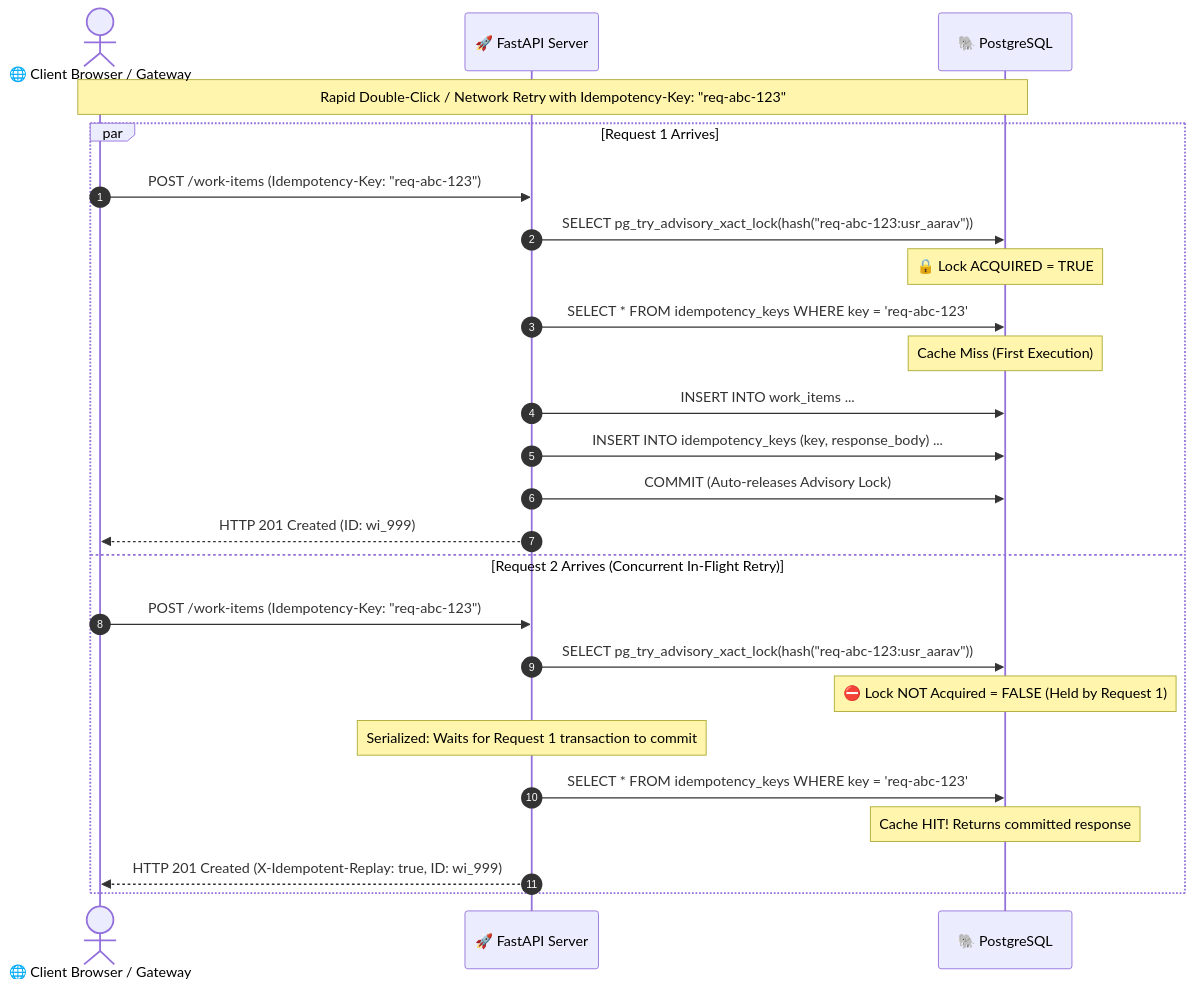
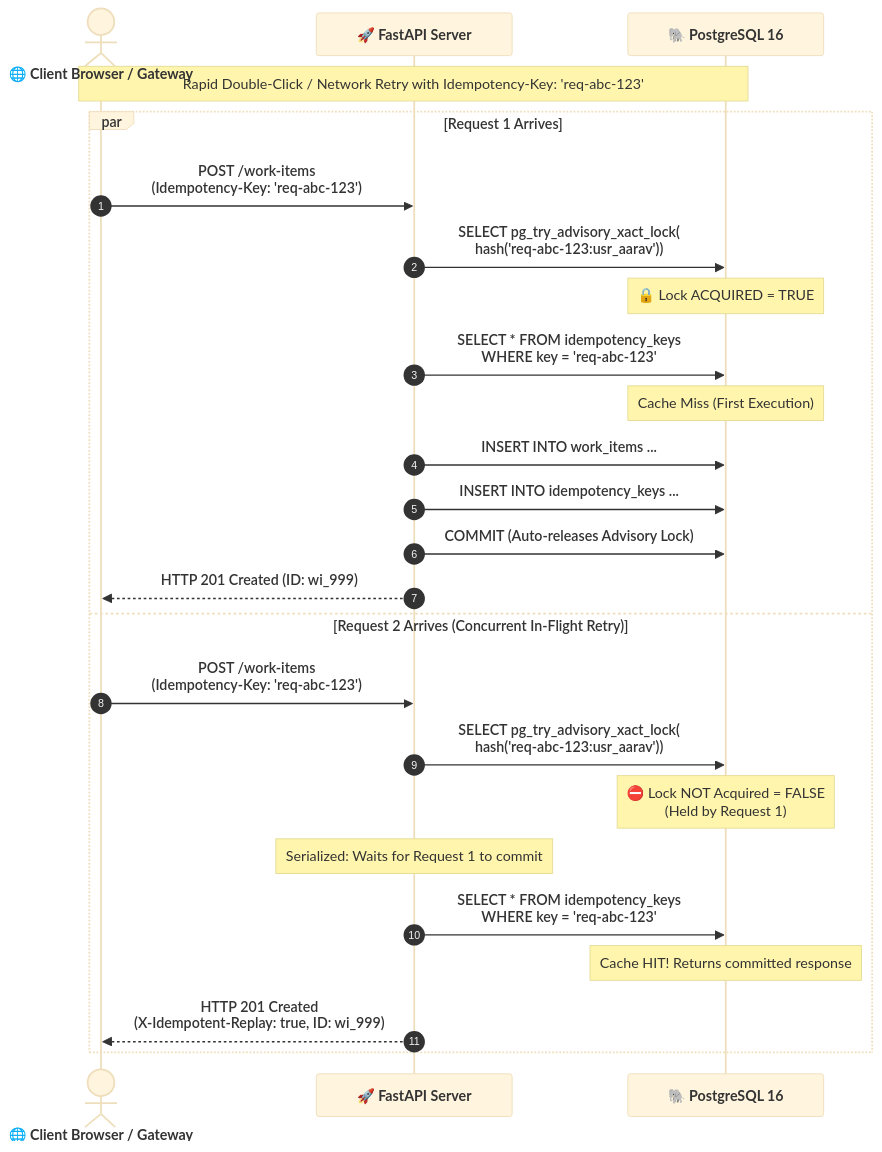
The fifth of 6 diagrams in README.md (matrix-1407/OpsPulse-Newtonite), drawn with Mermaid before and after one commit. The commit also changed other lines of this file and 1 other file, not shown here.

Commit message:
docs: enlarge and optimize all Mermaid diagrams for high readability and visibility

````diff
--- a/README.md
+++ b/README.md
@@ -237,28 +273,46 @@
 ```mermaid
+%%{init: {
+  'theme': 'base',
+  'themeVariables': {
+    'fontFamily': 'Inter, -apple-system, BlinkMacSystemFont, Segoe UI, Roboto, sans-serif'
+  },
+  'sequence': {
+    'actorFontSize': 17,
+    'actorFontWeight': 700,
+    'noteFontSize': 15,
+    'noteFontWeight': 600,
+    'messageFontSize': 15,
+    'messageFontWeight': 600,
+    'width': 220,
+    'height': 48,
+    'boxMargin': 12,
+    'messageMargin': 35
+  }
+}}%%
 sequenceDiagram
     autonumber
     actor Client as 🌐 Client Browser / Gateway
     participant API as 🚀 FastAPI Server
-    participant DB as 🐘 PostgreSQL
+    participant DB as 🐘 PostgreSQL 16
 
-    Note over Client, DB: Rapid Double-Click / Network Retry with Idempotency-Key: "req-abc-123"
+    Note over Client, DB: Rapid Double-Click / Network Retry with Idempotency-Key: 'req-abc-123'
     par Request 1 Arrives
-        Client->>API: POST /work-items (Idempotency-Key: "req-abc-123")
-        API->>DB: SELECT pg_try_advisory_xact_lock(hash("req-abc-123:usr_aarav"));
+        Client->>API: POST /work-items<br/>(Idempotency-Key: 'req-abc-123')
+        API->>DB: SELECT pg_try_advisory_xact_lock(<br/>hash('req-abc-123:usr_aarav'));
         Note over DB: 🔒 Lock ACQUIRED = TRUE
-        API->>DB: SELECT * FROM idempotency_keys WHERE key = 'req-abc-123';
+        API->>DB: SELECT * FROM idempotency_keys<br/>WHERE key = 'req-abc-123';
         Note over DB: Cache Miss (First Execution)
-        API->>DB: INSERT INTO work_items ...
-        API->>DB: INSERT INTO idempotency_keys (key, response_body) ...
-        API->>DB: COMMIT (Auto-releases Advisory Lock)
+        API->>DB: INSERT INTO work_items ...;
+        API->>DB: INSERT INTO idempotency_keys ...;
+        API->>DB: COMMIT (Auto-releases Advisory Lock);
         API-->>Client: HTTP 201 Created (ID: wi_999)
     and Request 2 Arrives (Concurrent In-Flight Retry)
-        Client->>API: POST /work-items (Idempotency-Key: "req-abc-123")
-        API->>DB: SELECT pg_try_advisory_xact_lock(hash("req-abc-123:usr_aarav"));
-        Note over DB: ⛔ Lock NOT Acquired = FALSE (Held by Request 1)
-        Note over API: Serialized: Waits for Request 1 transaction to commit
-        API->>DB: SELECT * FROM idempotency_keys WHERE key = 'req-abc-123';
+        Client->>API: POST /work-items<br/>(Idempotency-Key: 'req-abc-123')
+        API->>DB: SELECT pg_try_advisory_xact_lock(<br/>hash('req-abc-123:usr_aarav'));
+        Note over DB: ⛔ Lock NOT Acquired = FALSE<br/>(Held by Request 1)
+        Note over API: Serialized: Waits for Request 1 to commit
+        API->>DB: SELECT * FROM idempotency_keys<br/>WHERE key = 'req-abc-123';
         Note over DB: Cache HIT! Returns committed response
-        API-->>Client: HTTP 201 Created (X-Idempotent-Replay: true, ID: wi_999)
+        API-->>Client: HTTP 201 Created<br/>(X-Idempotent-Replay: true, ID: wi_999)
     end
 ```
````
